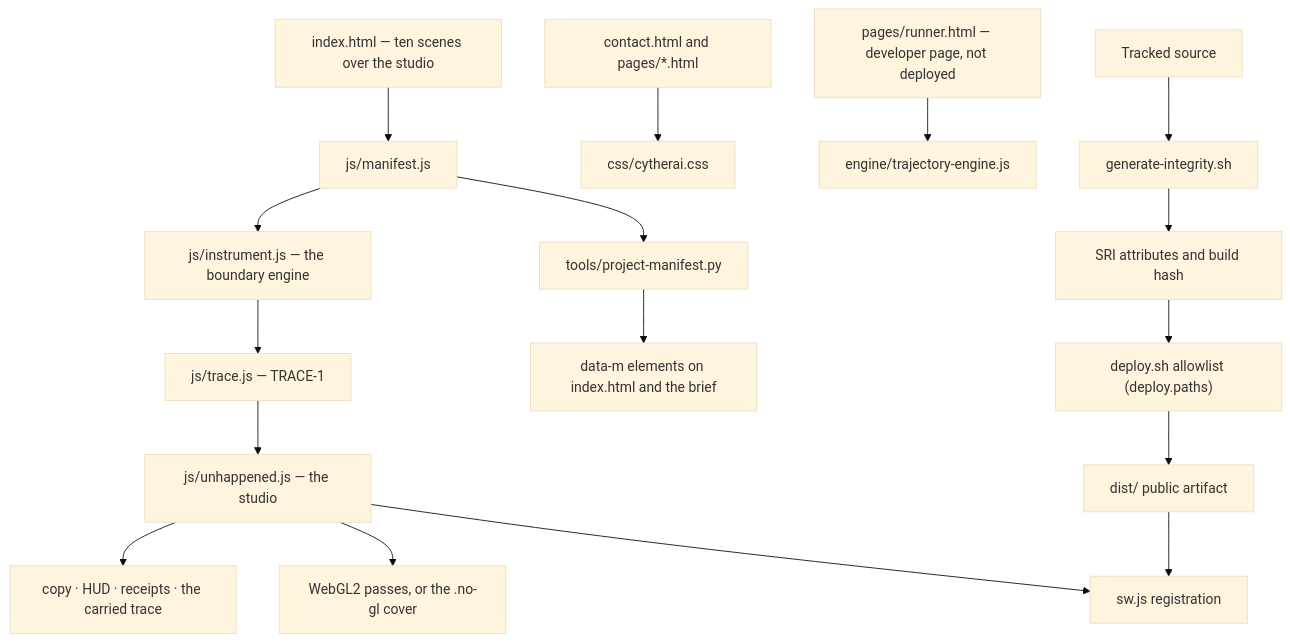
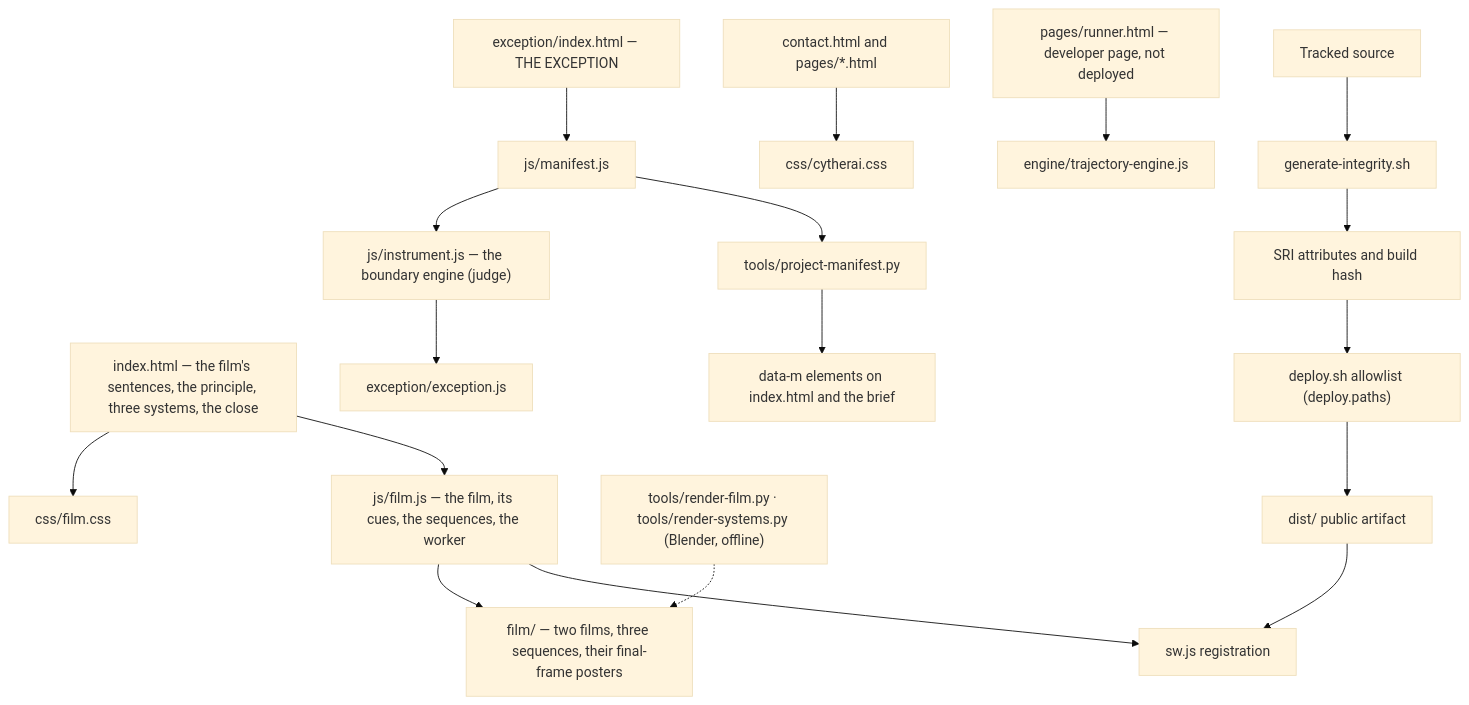
The diagram in docs/architecture.md (AethersDev/CytherAI), drawn with Mermaid (base theme) before and after one commit. The commit also changed other lines of this file and 57 other files, not shown here.

````diff
--- a/docs/architecture.md
+++ b/docs/architecture.md
@@ -19,21 +21,23 @@
 ```mermaid
 flowchart TD
-  I["index.html — ten scenes over the studio"] --> M["js/manifest.js"]
-  M --> B["js/instrument.js — the boundary engine"]
-  B --> T["js/trace.js — TRACE-1"]
-  T --> U["js/unhappened.js — the studio"]
-  U --> DOM["copy · HUD · receipts · the carried trace"]
-  U --> GL["WebGL2 passes, or the .no-gl cover"]
-  U --> SW["sw.js registration"]
+  I["index.html — the film's sentences, the principle, three systems, the close"] --> CSS2["css/film.css"]
+  I --> F["js/film.js — the film, its cues, the sequences, the worker"]
+  F --> MED["film/ — two films, three sequences, their final-frame posters"]
+  F --> SW["sw.js registration"]
+  RF["tools/render-film.py · tools/render-systems.py (Blender, offline)"] -.-> MED
+
+  X["exception/index.html — THE EXCEPTION"] --> M["js/manifest.js"]
+  M --> B["js/instrument.js — the boundary engine (judge)"]
+  B --> XE["exception/exception.js"]
 
   P["contact.html and pages/*.html"] --> CSS["css/cytherai.css"]
   R["pages/runner.html — developer page, not deployed"] --> E["engine/trajectory-engine.js"]
 
   SRC["Tracked source"] --> SRI["generate-integrity.sh"]
   SRI --> ID["SRI attributes and build hash"]
   ID --> DEP["deploy.sh allowlist (deploy.paths)"]
   DEP --> DIST["dist/ public artifact"]
   DIST --> SW
 
   M --> PM["tools/project-manifest.py"] --> DM["data-m elements on index.html and the brief"]
 ```
````
